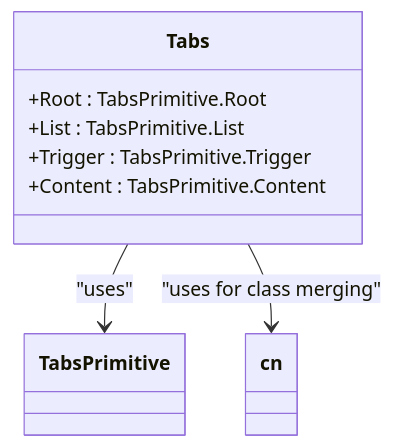
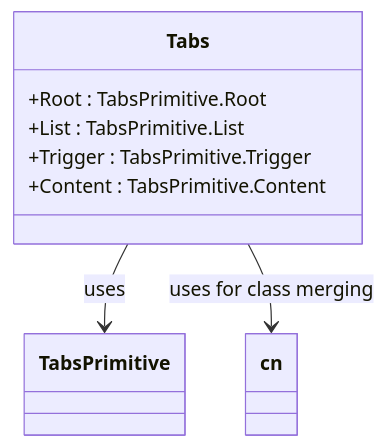
One commit to mohjak/sc-dof changed the third of 6 diagrams in .qoder/repowiki/en/content/Component Reference/UI Component Library/Navigation Components.md. Above: the diagram before and after it, drawn with Mermaid. The commit also changed other lines of this file and 68 other files, not shown here.

First line of the commit message:
docs(docs): update component architecture docs with markdown formatting fixes

````diff
--- a/.qoder/repowiki/en/content/Component Reference/UI Component Library/Navigation Components.md
+++ b/.qoder/repowiki/en/content/Component Reference/UI Component Library/Navigation Components.md
@@ -107,11 +105,11 @@
 ```mermaid
 classDiagram
 class Tabs {
 +Root : TabsPrimitive.Root
 +List : TabsPrimitive.List
 +Trigger : TabsPrimitive.Trigger
 +Content : TabsPrimitive.Content
 }
-Tabs --> TabsPrimitive : "uses"
-Tabs --> cn : "uses for class merging"
+Tabs --> TabsPrimitive : uses
+Tabs --> cn : uses for class merging
 ```
````
